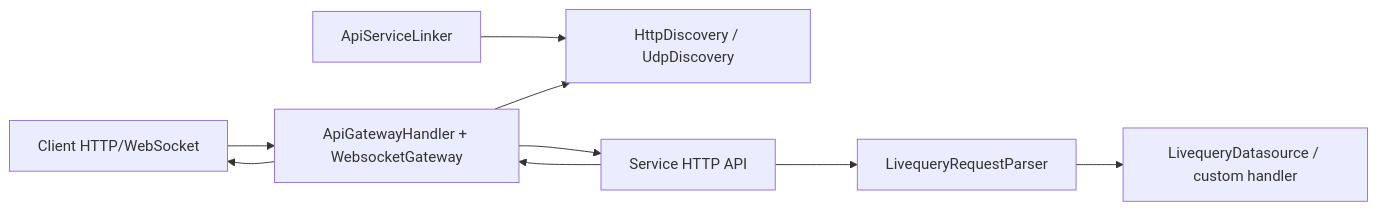
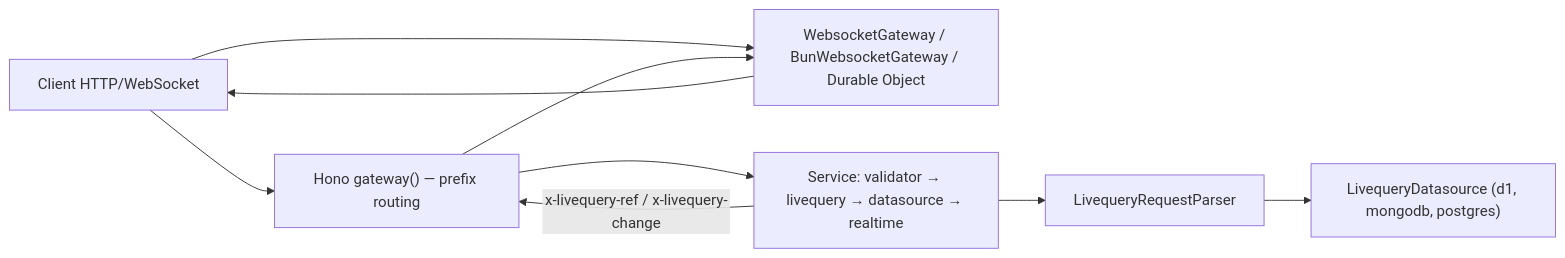
Before and after one commit to flygo-opensource/livequery: the diagram in packages/core/AGENTS.md, drawn with Mermaid. The commit also changed other lines of this file and 57 other files, not shown here.

First line of the commit message:
refactor: drop runtime service discovery and the proxying gateway

````diff
--- a/packages/core/AGENTS.md
+++ b/packages/core/AGENTS.md
@@ -56,19 +52,18 @@
 ```mermaid
 flowchart LR
   Client["Client HTTP/WebSocket"]
-  Gateway["ApiGatewayHandler + WebsocketGateway"]
-  Discovery["HttpDiscovery / UdpDiscovery"]
-  ServiceLinker["ApiServiceLinker"]
-  Service["Service HTTP API"]
+  Gateway["Hono gateway() — prefix routing"]
+  Realtime["WebsocketGateway / BunWebsocketGateway / Durable Object"]
+  Service["Service: validator → livequery → datasource → realtime"]
   Parser["LivequeryRequestParser"]
-  Datasource["LivequeryDatasource / custom handler"]
+  Datasource["LivequeryDatasource (d1, mongodb, postgres)"]
 
-  ServiceLinker --> Discovery
-  Gateway --> Discovery
   Client --> Gateway
+  Client --> Realtime
   Gateway --> Service
   Service --> Parser
   Parser --> Datasource
-  Service --> Gateway
-  Gateway --> Client
+  Service -- "x-livequery-ref / x-livequery-change" --> Gateway
+  Gateway --> Realtime
+  Realtime --> Client
 ```
````
